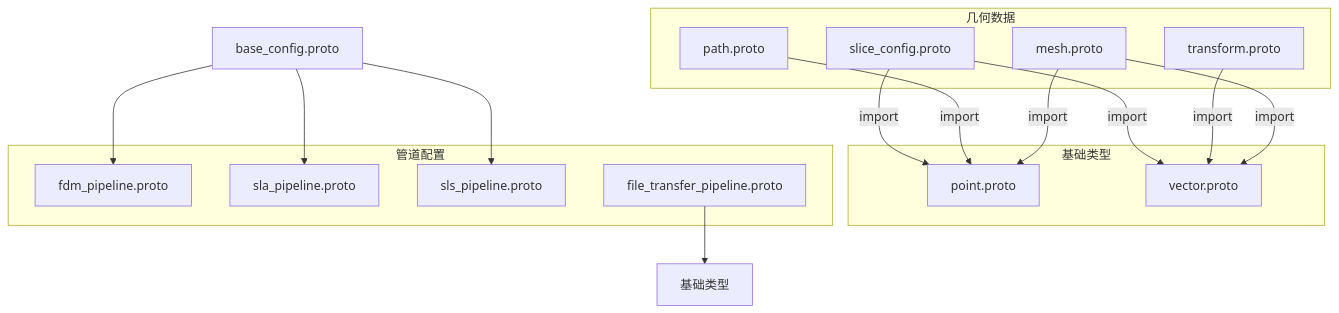
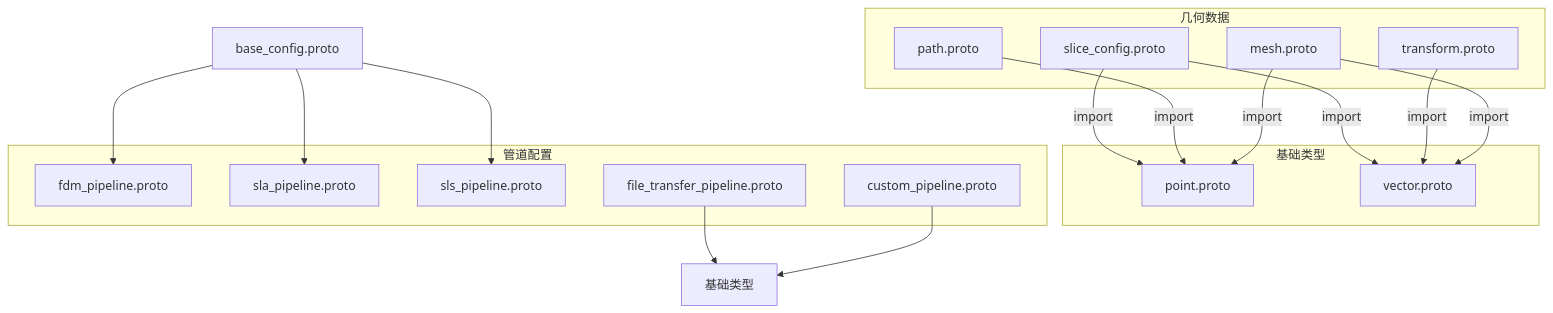
The first of 10 diagrams in .qoder/repowiki/zh/content/扩展与集成/Protobuf数据交换/Protobuf数据交换.md (hsmbanlance/HsBaSlicer), drawn with Mermaid before and after one commit. The commit also changed other lines of this file and 14 other files, not shown here.

````diff
--- a/.qoder/repowiki/zh/content/扩展与集成/Protobuf数据交换/Protobuf数据交换.md
+++ b/.qoder/repowiki/zh/content/扩展与集成/Protobuf数据交换/Protobuf数据交换.md
@@ -67,29 +68,31 @@
 ```mermaid
 graph TD
 A[slice_config.proto] --> |import| B[point.proto]
 A --> |import| C[vector.proto]
 D[path.proto] --> |import| B
 E[transform.proto] --> |import| C
 F[mesh.proto] --> |import| B
 F --> |import| C
 G[base_config.proto] --> H[fdm_pipeline.proto]
 G --> I[sla_pipeline.proto]
 G --> J[sls_pipeline.proto]
 K[file_transfer_pipeline.proto] --> L[基础类型]
+M[custom_pipeline.proto] --> L
 subgraph "基础类型"
 B
 C
 end
 subgraph "管道配置"
 H
 I
 J
 K
+M
 end
 subgraph "几何数据"
 A
 D
 E
 F
 end
 ```
````
